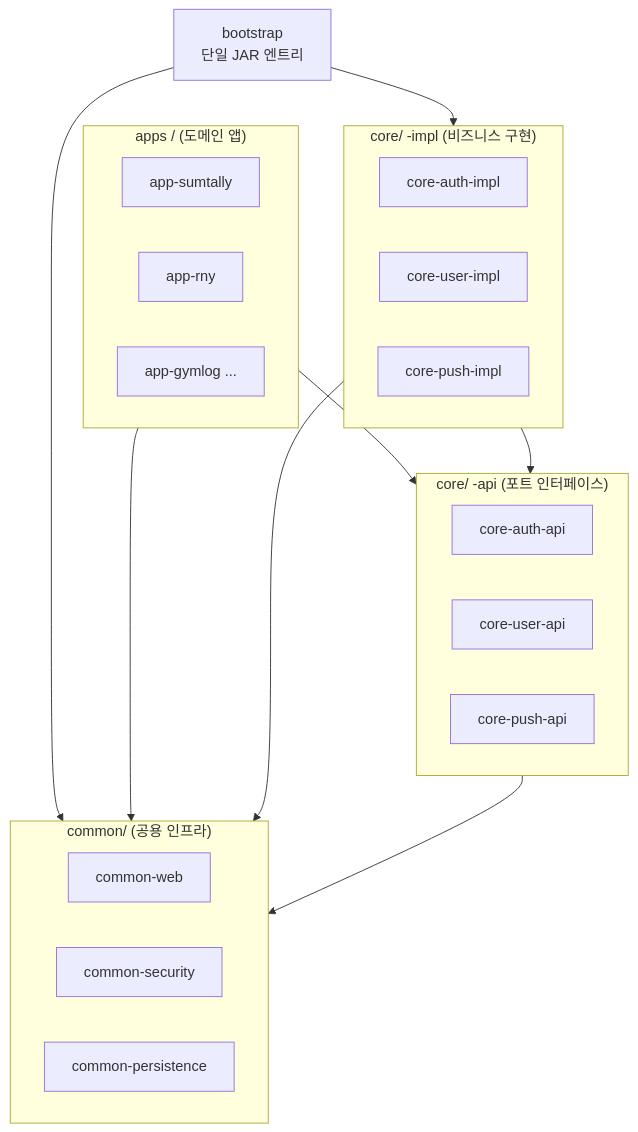
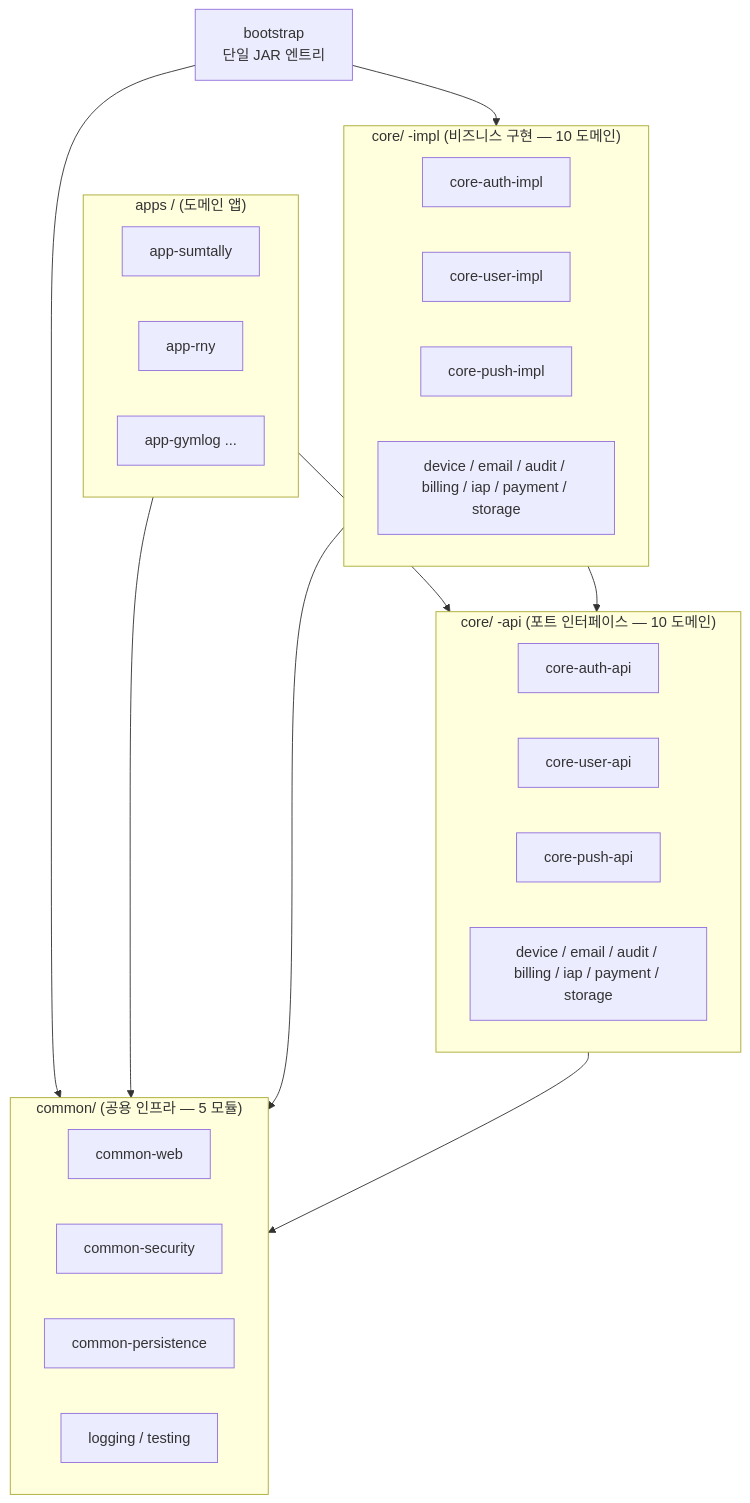
Before and after one commit to storkspear/spring-backend-template-docs-viewer: the first of 2 diagrams in docs/philosophy/adr-001-modular-monolith.md, drawn with Mermaid. The commit also changed 3 other files, not shown here.

````diff
--- a/docs/philosophy/adr-001-modular-monolith.md
+++ b/docs/philosophy/adr-001-modular-monolith.md
@@ -74,36 +74,39 @@
 ```mermaid
 flowchart TB
     bootstrap[bootstrap<br/>단일 JAR 엔트리]
 
     subgraph apps["apps / (도메인 앱)"]
         appA[app-sumtally]
         appB[app-rny]
         appN[app-gymlog ...]
     end
 
-    subgraph coreImpl["core/ -impl (비즈니스 구현)"]
+    subgraph coreImpl["core/ -impl (비즈니스 구현 — 10 도메인)"]
         authImpl[core-auth-impl]
         userImpl[core-user-impl]
         pushImpl[core-push-impl]
+        otherImpl[device / email / audit / billing / iap / payment / storage]
     end
 
-    subgraph coreApi["core/ -api (포트 인터페이스)"]
+    subgraph coreApi["core/ -api (포트 인터페이스 — 10 도메인)"]
         authApi[core-auth-api]
         userApi[core-user-api]
         pushApi[core-push-api]
+        otherApi[device / email / audit / billing / iap / payment / storage]
     end
 
-    subgraph common["common/ (공용 인프라)"]
+    subgraph common["common/ (공용 인프라 — 5 모듈)"]
         web[common-web]
         sec[common-security]
         per[common-persistence]
+        otherCommon[logging / testing]
     end
 
     bootstrap --> coreImpl
     bootstrap --> common
     apps --> coreApi
     apps --> common
     coreImpl --> coreApi
     coreImpl --> common
     coreApi --> common
 ```
````
